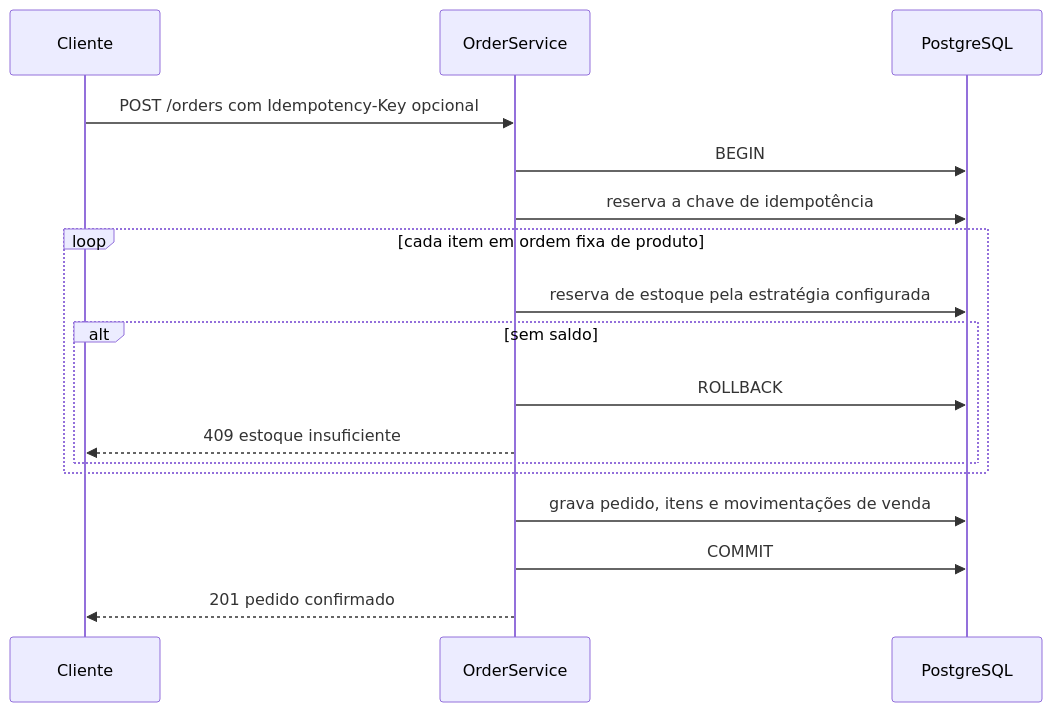
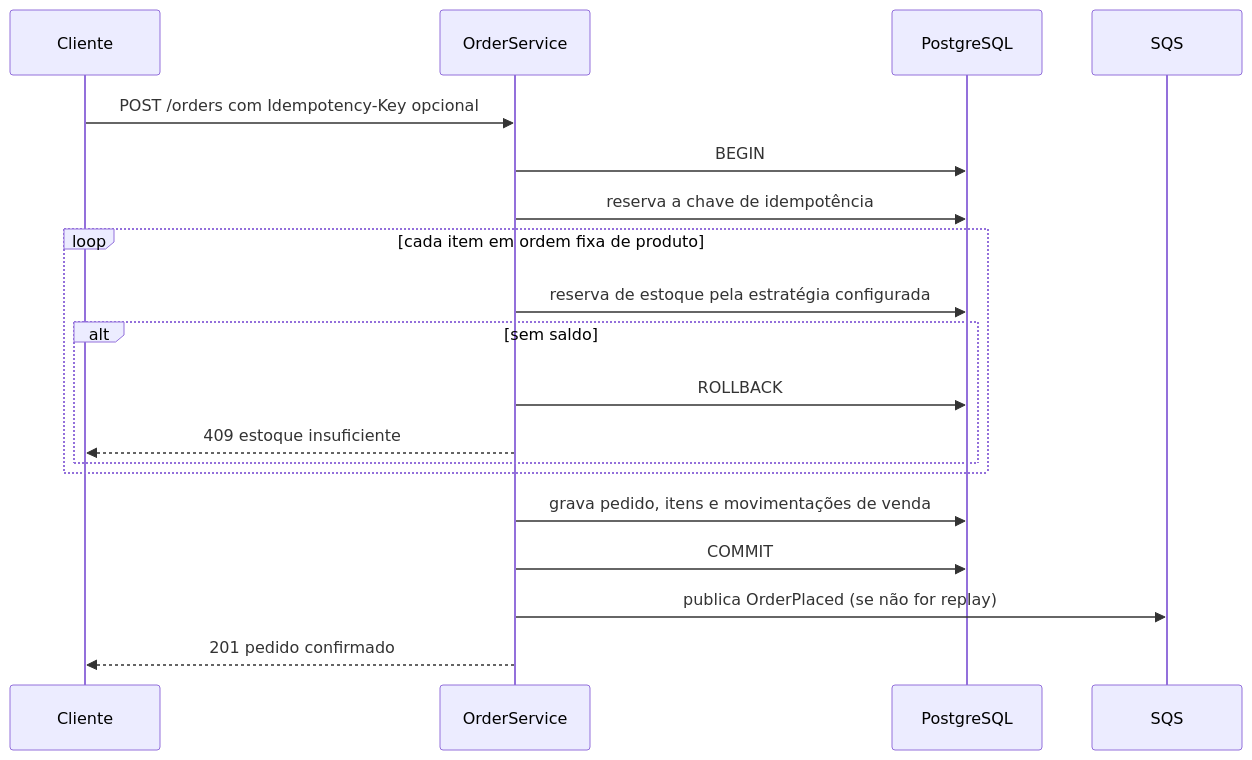
Before and after one commit to nevvesdev/inventory-guard: the second of 3 diagrams in README.md, drawn with Mermaid. The commit also changed other lines of this file and 15 other files, not shown here.

First line of the commit message:
feature/sqs order placed (#1)

````diff
--- a/README.md
+++ b/README.md
@@ -133,19 +148,20 @@
 ```mermaid
 sequenceDiagram
     participant C as Cliente
     participant S as OrderService
     participant D as PostgreSQL
     C->>S: POST /orders com Idempotency-Key opcional
     S->>D: BEGIN
     S->>D: reserva a chave de idempotência
     loop cada item em ordem fixa de produto
         S->>D: reserva de estoque pela estratégia configurada
         alt sem saldo
             S->>D: ROLLBACK
             S-->>C: 409 estoque insuficiente
         end
     end
     S->>D: grava pedido, itens e movimentações de venda
     S->>D: COMMIT
+    S->>SQS: publica OrderPlaced (se não for replay)
     S-->>C: 201 pedido confirmado
 ```
````
